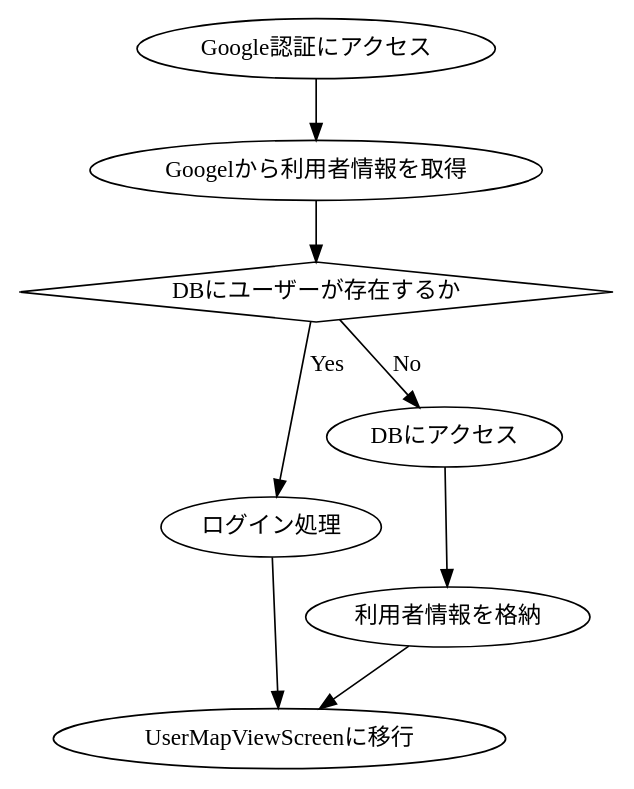
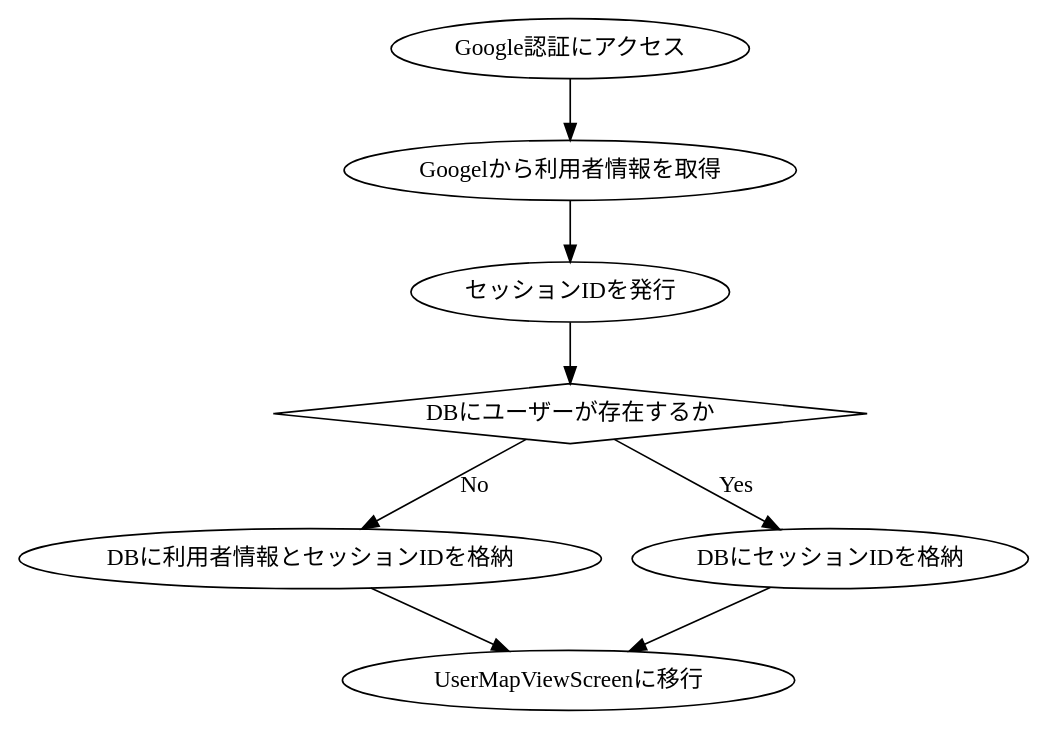
The diagram in dot/marudemaru/UserInputInformation.dot (KUT-Group12/internal_design), drawn with Graphviz before and after one commit. The commit also changed 233 other files, not shown here.

```diff
--- a/dot/marudemaru/UserInputInformation.dot
+++ b/dot/marudemaru/UserInputInformation.dot
@@ -1,20 +1,20 @@
 digraph G {
     #include "style.doth"
 
     auth[label = "Google認証にアクセス"]
     info[label = "Googelから利用者情報を取得"]
+    login[label = "セッションIDを発行"]
     exist[label = "DBにユーザーが存在するか", shape = diamond]
-    login[label = "ログイン処理"]
-    db[label = "DBにアクセス"]
-    save[label = "利用者情報を格納"]
+    new_save[label = "DBに利用者情報とセッションIDを格納"]
+    save[label = "DBにセッションIDを格納"]
     result[label = "UserMapViewScreenに移行"]
 
     auth -> info
-    info -> exist
-    exist -> login [label = "Yes"]
-    exist -> db [label = "No"]
-    db -> save
+    info -> login
+    login -> exist
+    exist -> save [label = "Yes"]
+    exist -> new_save [label = "No"]
 
-    login -> result
     save -> result
+    new_save -> result
 }
```
